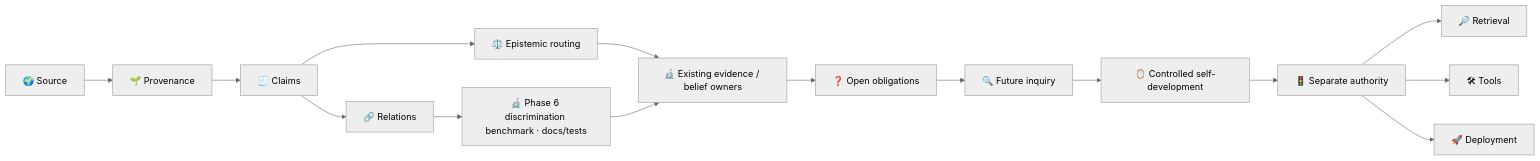
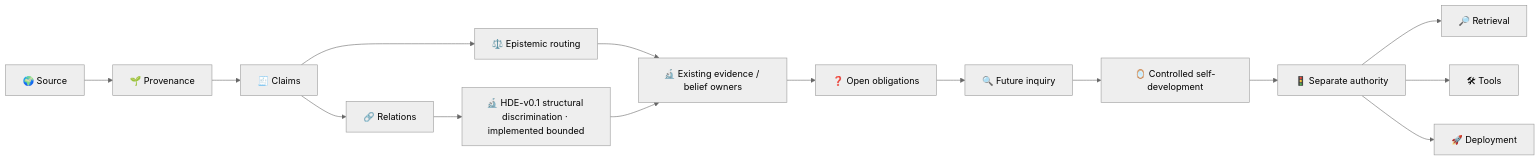
The second of 2 diagrams in SYSTEM_OVERVIEW.md (velantrian/velantrim-mentaury-soul), drawn with Mermaid (neutral theme) before and after one commit. The commit also changed other lines of this file and 3 other files, not shown here.

````diff
--- a/SYSTEM_OVERVIEW.md
+++ b/SYSTEM_OVERVIEW.md
@@ -327,18 +327,18 @@
 ```mermaid
 flowchart LR
     A[🌍 Source] --> B[🌱 Provenance]
     B --> C[🧾 Claims]
     C --> D[🔗 Relations]
     C --> E[⚖️ Epistemic routing]
-    D --> F[🔬 Phase 6 discrimination benchmark · docs/tests]
+    D --> F[🔬 HDE-v0.1 structural discrimination · implemented bounded]
     E --> G[🔬 Existing evidence / belief owners]
     F --> G
     G --> H[❓ Open obligations]
     H --> I[🔍 Future inquiry]
     I --> J[🪞 Controlled self-development]
     J --> K[🚦 Separate authority]
 
     K --> L[🔎 Retrieval]
     K --> M[🛠 Tools]
     K --> N[🚀 Deployment]
 ```
````
